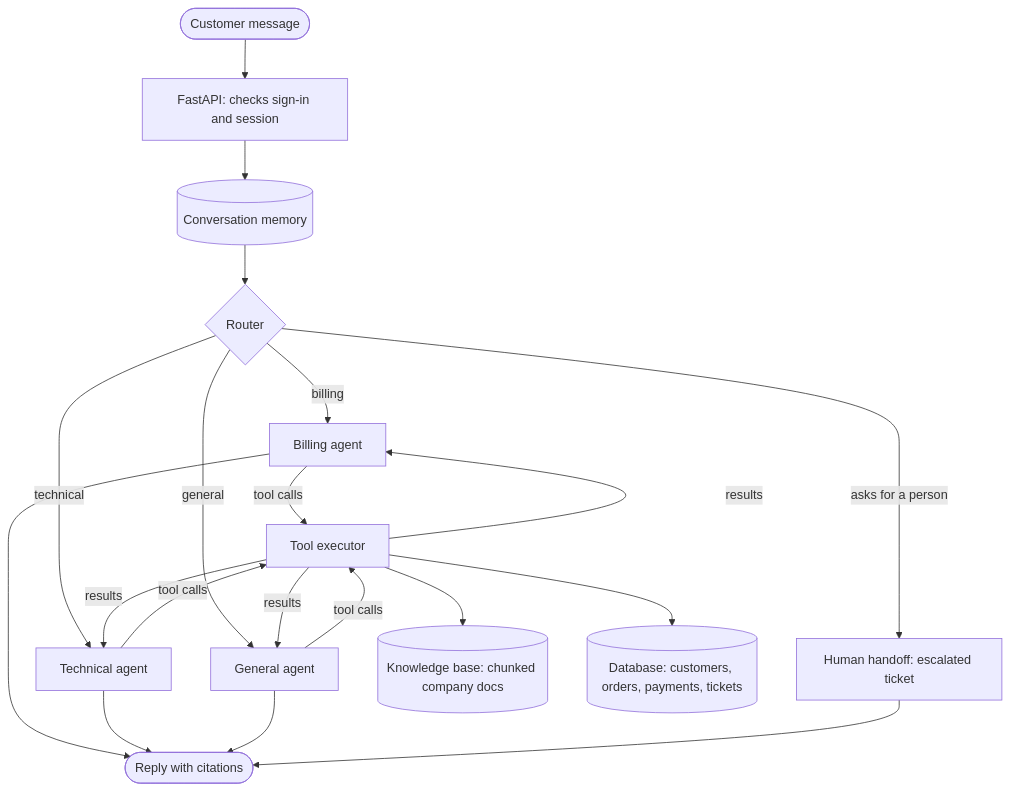
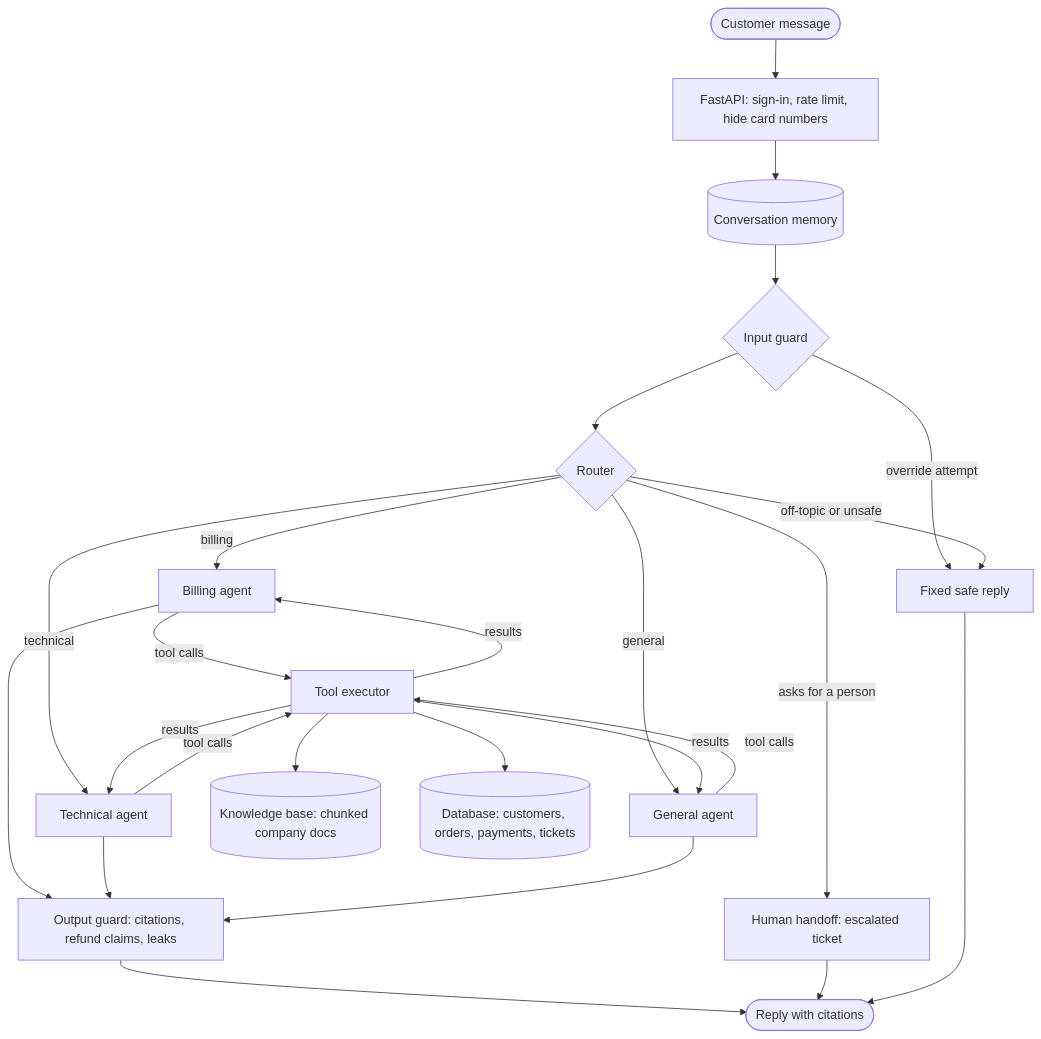
One commit to MobiNomi/Multi-Agent-Customer-Support changed the diagram in README.md. Above: the diagram before and after it, drawn with Mermaid. The commit also changed other lines of this file and 26 other files, not shown here.

Commit message:
Guardrails: masking, override detection, refusals, ticket and rate limits, output checks, red-team tests

````diff
--- a/README.md
+++ b/README.md
@@ -68,16 +69,21 @@
 ```mermaid
 flowchart TD
-    U([Customer message]) --> API[FastAPI: checks sign-in and session]
+    U([Customer message]) --> API[FastAPI: sign-in, rate limit, hide card numbers]
     API --> M[(Conversation memory)]
-    M --> R{Router}
+    M --> IG{Input guard}
+    IG -->|override attempt| S[Fixed safe reply]
+    IG --> R{Router}
+    R -->|off-topic or unsafe| S
     R -->|billing| B[Billing agent]
     R -->|technical| T[Technical agent]
     R -->|general| G[General agent]
     R -->|asks for a person| H[Human handoff: escalated ticket]
     B & T & G -->|tool calls| X[Tool executor]
     X --> KB[(Knowledge base: chunked company docs)]
     X --> DB[(Database: customers, orders, payments, tickets)]
     X -->|results| B & T & G
-    B & T & G --> Reply([Reply with citations])
+    B & T & G --> OG[Output guard: citations, refund claims, leaks]
+    OG --> Reply([Reply with citations])
     H --> Reply
+    S --> Reply
 ```
````
